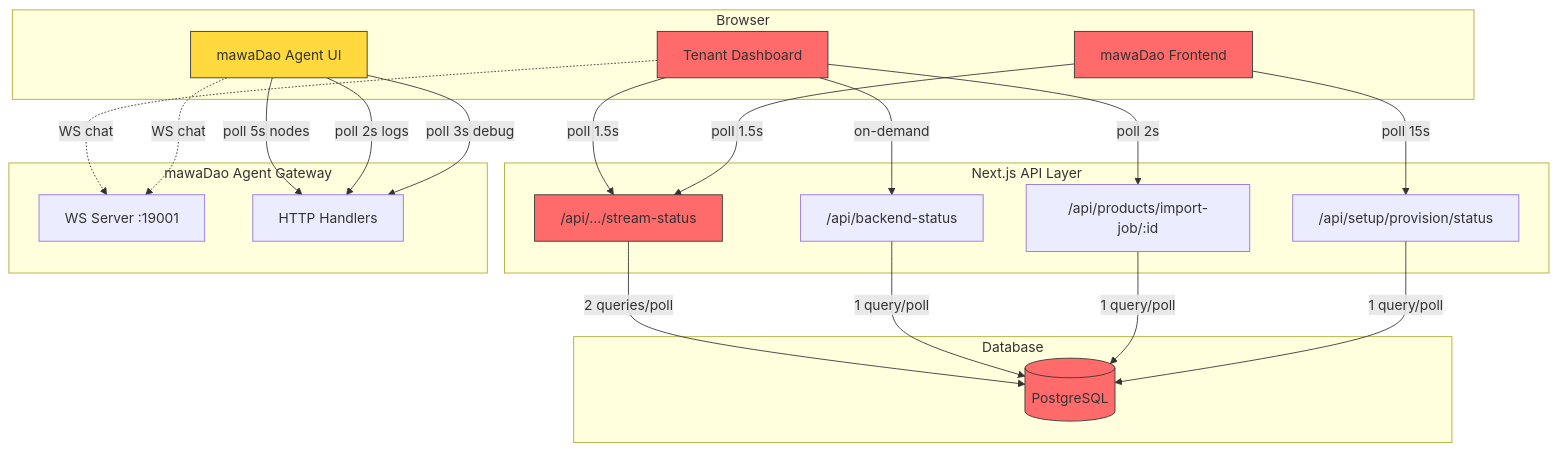
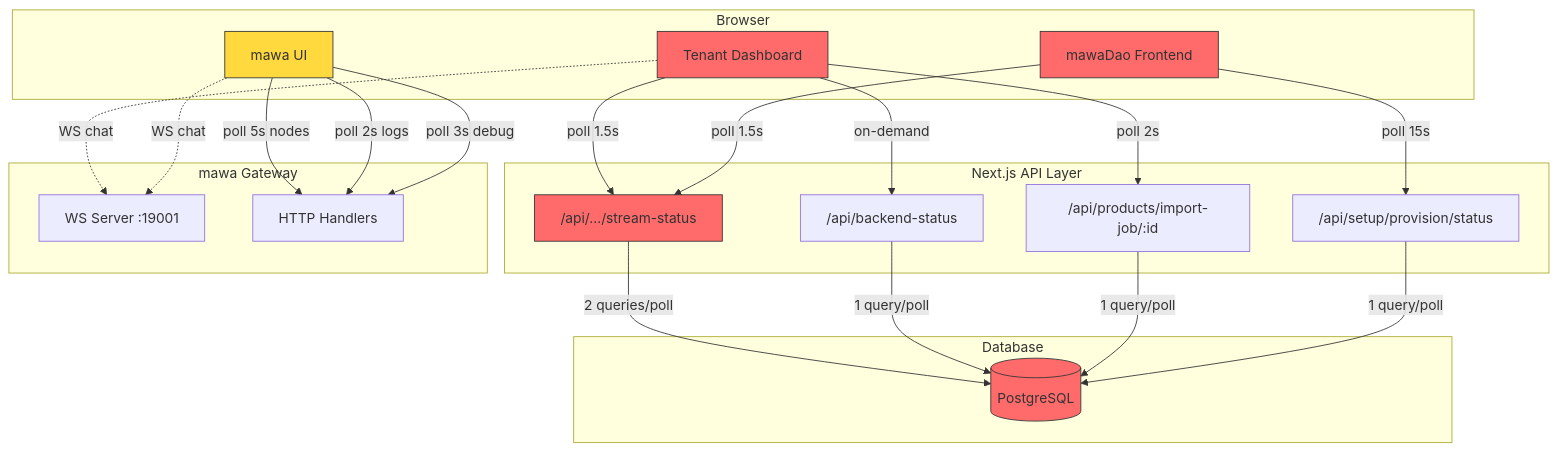
Before and after one commit to maavadao/maava: the first of 4 diagrams in docs/REALTIME_ARCHITECTURE.md, drawn with Mermaid. The commit also changed other lines of this file and 78 other files, not shown here.

Commit message:
Rename mawaDao Agent to mawa

````diff
--- a/docs/REALTIME_ARCHITECTURE.md
+++ b/docs/REALTIME_ARCHITECTURE.md
@@ -197,47 +197,47 @@
 ```mermaid
 graph TB
     subgraph "Browser"
         TD[Tenant Dashboard]
         BF[mawaDao Frontend]
-        OC[mawaDao Agent UI]
+        OC[mawa UI]
     end
 
     subgraph "Next.js API Layer"
         API_SS["/api/.../stream-status"]
         API_BS["/api/backend-status"]
         API_IJ["/api/products/import-job/:id"]
         API_PS["/api/setup/provision/status"]
     end
 
-    subgraph "mawaDao Agent Gateway"
+    subgraph "mawa Gateway"
         GW_WS["WS Server :19001"]
         GW_HTTP["HTTP Handlers"]
     end
 
     subgraph "Database"
         PG[(PostgreSQL)]
     end
 
     TD -->|"poll 1.5s"| API_SS
     TD -->|"poll 2s"| API_IJ
     TD -->|"on-demand"| API_BS
     BF -->|"poll 1.5s"| API_SS
     BF -->|"poll 15s"| API_PS
     OC -->|"poll 5s nodes"| GW_HTTP
     OC -->|"poll 2s logs"| GW_HTTP
     OC -->|"poll 3s debug"| GW_HTTP
 
     API_SS -->|"2 queries/poll"| PG
     API_BS -->|"1 query/poll"| PG
     API_IJ -->|"1 query/poll"| PG
     API_PS -->|"1 query/poll"| PG
 
     TD -.->|"WS chat"| GW_WS
     OC -.->|"WS chat"| GW_WS
 
     style TD fill:#ff6b6b,stroke:#333
     style BF fill:#ff6b6b,stroke:#333
     style OC fill:#ffd93d,stroke:#333
     style API_SS fill:#ff6b6b,stroke:#333
     style PG fill:#ff6b6b,stroke:#333
 ```
````
